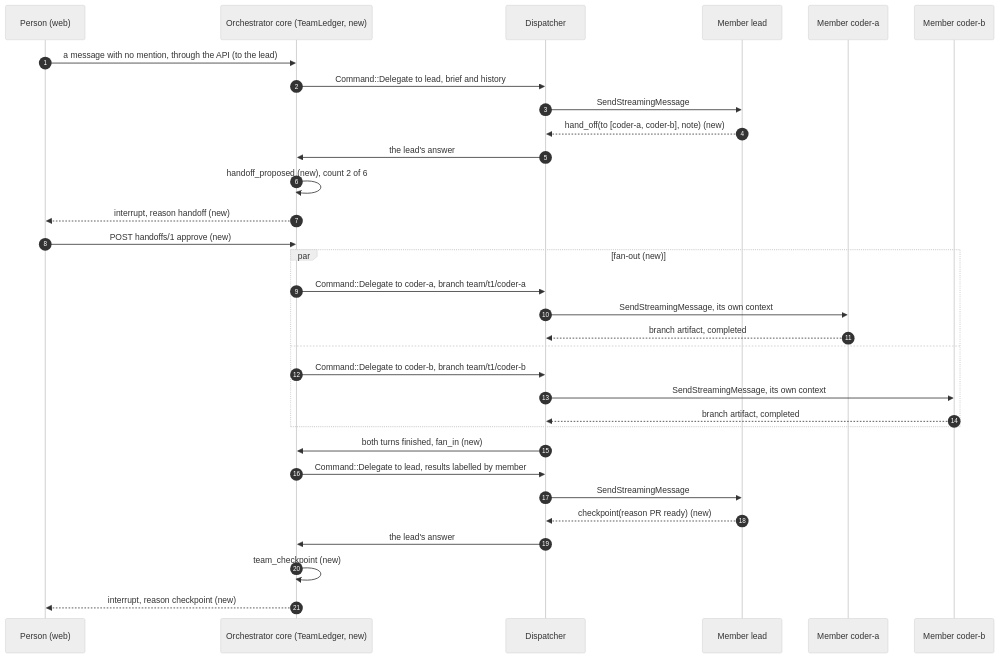
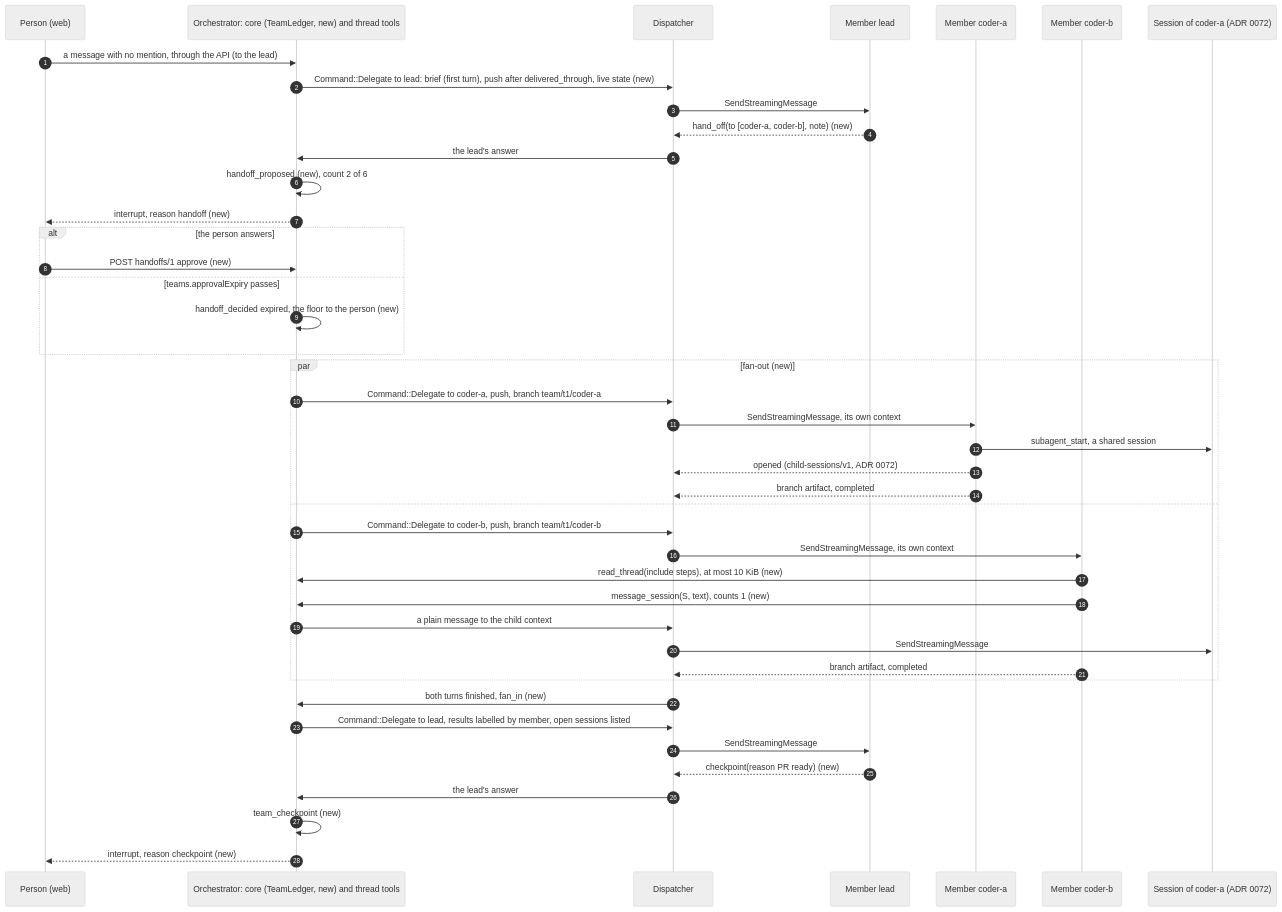
One commit to marcjazz/another-agentic-system changed the first of 2 diagrams in docs/decisions/0074-agent-team.md. Above: the diagram before and after it, drawn with Mermaid (neutral theme). The commit also changed other lines of this file and 1 other file, not shown here.

First line of the commit message:
docs(adr): amend 0074, bounded push, sub-agents, approval expiry (#379)

````diff
--- a/docs/decisions/0074-agent-team.md
+++ b/docs/decisions/0074-agent-team.md
@@ -119,34 +199,45 @@
 ```mermaid
 sequenceDiagram
   autonumber
   participant P as Person (web)
-  participant C as Orchestrator core (TeamLedger, new)
+  participant C as Orchestrator: core (TeamLedger, new) and thread tools
   participant D as Dispatcher
   participant L as Member lead
   participant A as Member coder-a
   participant B as Member coder-b
+  participant S as Session of coder-a (ADR 0072)
   P->>C: a message with no mention, through the API (to the lead)
-  C->>D: Command::Delegate to lead, brief and history
+  C->>D: Command::Delegate to lead: brief (first turn), push after delivered_through, live state (new)
   D->>L: SendStreamingMessage
   L-->>D: hand_off(to [coder-a, coder-b], note) (new)
   D->>C: the lead's answer
   C->>C: handoff_proposed (new), count 2 of 6
   C-->>P: interrupt, reason handoff (new)
-  P->>C: POST handoffs/1 approve (new)
+  alt the person answers
+    P->>C: POST handoffs/1 approve (new)
+  else teams.approvalExpiry passes
+    C->>C: handoff_decided expired, the floor to the person (new)
+  end
   par fan-out (new)
-    C->>D: Command::Delegate to coder-a, branch team/t1/coder-a
+    C->>D: Command::Delegate to coder-a, push, branch team/t1/coder-a
     D->>A: SendStreamingMessage, its own context
+    A->>S: subagent_start, a shared session
+    A-->>D: opened (child-sessions/v1, ADR 0072)
     A-->>D: branch artifact, completed
   and
-    C->>D: Command::Delegate to coder-b, branch team/t1/coder-b
+    C->>D: Command::Delegate to coder-b, push, branch team/t1/coder-b
     D->>B: SendStreamingMessage, its own context
+    B->>C: read_thread(include steps), at most 10 KiB (new)
+    B->>C: message_session(S, text), counts 1 (new)
+    C->>D: a plain message to the child context
+    D->>S: SendStreamingMessage
     B-->>D: branch artifact, completed
   end
   D->>C: both turns finished, fan_in (new)
-  C->>D: Command::Delegate to lead, results labelled by member
+  C->>D: Command::Delegate to lead, results labelled by member, open sessions listed
   D->>L: SendStreamingMessage
   L-->>D: checkpoint(reason PR ready) (new)
   D->>C: the lead's answer
   C->>C: team_checkpoint (new)
   C-->>P: interrupt, reason checkpoint (new)
 ```
````
